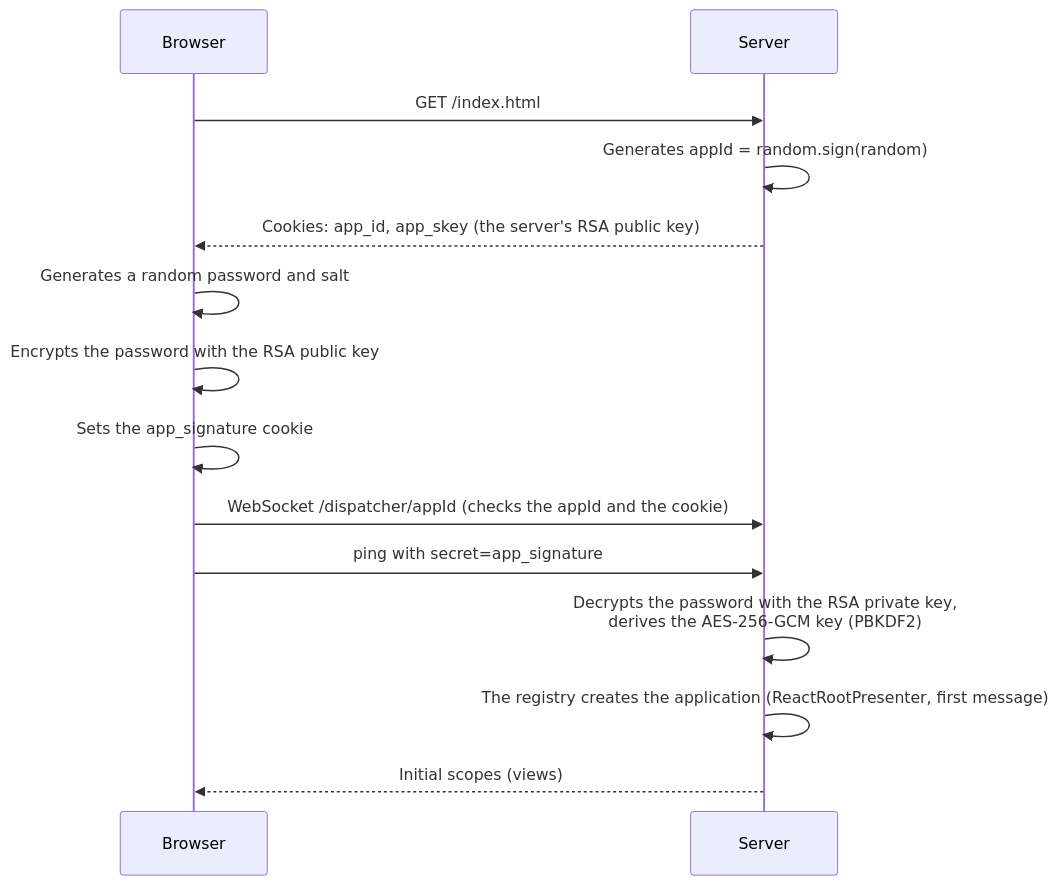
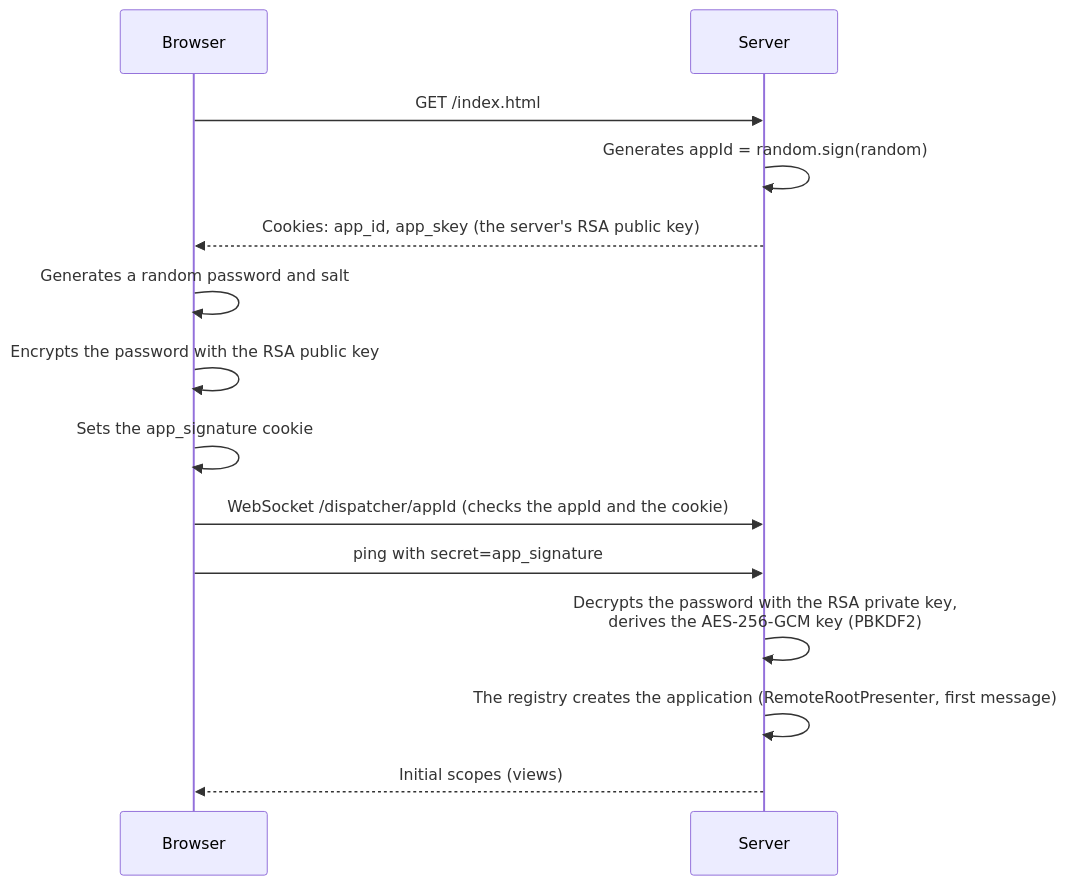
The fifth of 9 diagrams in docs/architecture-react.md (mrcdom/wdc-cube-kotlin), drawn with Mermaid before and after one commit. The commit also changed other lines of this file and 137 other files, not shown here.

First line of the commit message:
refactor(remote): the remote view's projects are named for what they are, not for React

````diff
--- a/docs/architecture-react.md
+++ b/docs/architecture-react.md
@@ -179,19 +179,19 @@
 ```mermaid
 sequenceDiagram
     participant Browser as Browser
     participant Server as Server
 
     Browser->>Server: GET /index.html
     Server->>Server: Generates appId = random.sign(random)
     Server-->>Browser: Cookies: app_id, app_skey (the server's RSA public key)
 
     Browser->>Browser: Generates a random password and salt
     Browser->>Browser: Encrypts the password with the RSA public key
     Browser->>Browser: Sets the app_signature cookie
 
     Browser->>Server: WebSocket /dispatcher/appId (checks the appId and the cookie)
     Browser->>Server: ping with secret=app_signature
     Server->>Server: Decrypts the password with the RSA private key,<br/>derives the AES-256-GCM key (PBKDF2)
-    Server->>Server: The registry creates the application (ReactRootPresenter, first message)
+    Server->>Server: The registry creates the application (RemoteRootPresenter, first message)
     Server-->>Browser: Initial scopes (views)
 ```
````
